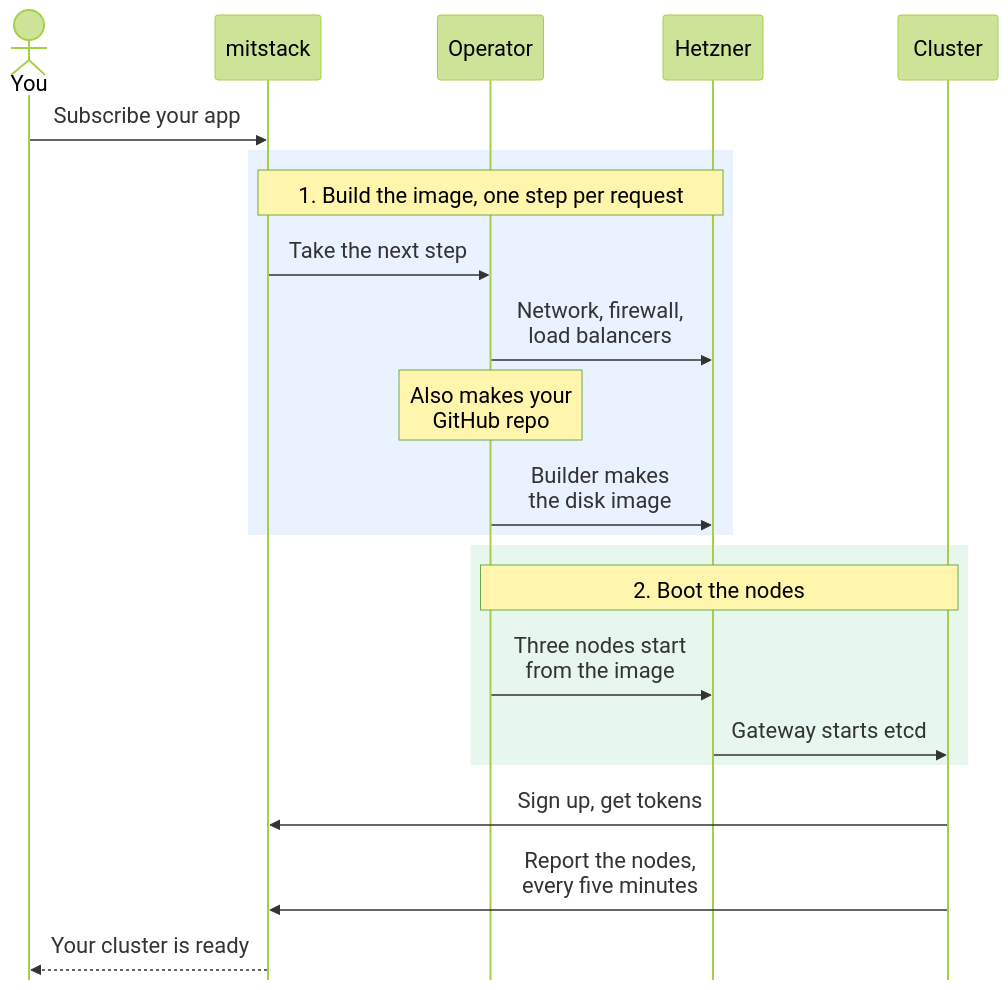
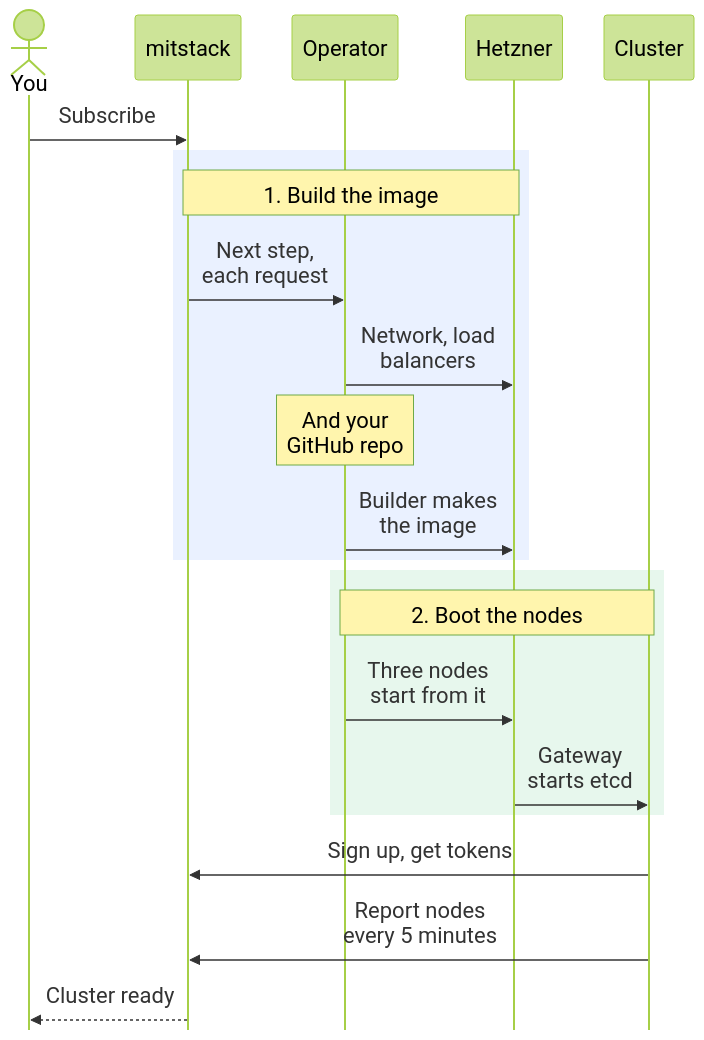
One commit to mitstack-eu/hcloud-talos-cluster changed the second of 2 diagrams in README.md. Above: the diagram before and after it, drawn with Mermaid (forest theme).

Commit message:
MIT-5267: the README's sequence diagram uses labels of two short lines so it fits GitHub's file view at full size

````diff
--- a/README.md
+++ b/README.md
@@ -63,25 +63,25 @@
 ```mermaid
 sequenceDiagram
-    %%{init: {"fontSize": 22, "sequence": {"actorMargin": 20, "width": 100, "mirrorActors": false}}}%%
+    %%{init: {"fontSize": 22, "sequence": {"actorMargin": 10, "width": 90, "mirrorActors": false}}}%%
     actor You
     participant M as mitstack
     participant O as Operator
     participant H as Hetzner
     participant C as Cluster
-    You->>M: Subscribe your app
+    You->>M: Subscribe
     rect rgba(80, 140, 255, 0.12)
-        Note over M,H: 1. Build the image, one step per request
-        M->>O: Take the next step
-        O->>H: Network, firewall,<br/>load balancers
-        Note over O: Also makes your<br/>GitHub repo
-        O->>H: Builder makes<br/>the disk image
+        Note over M,H: 1. Build the image
+        M->>O: Next step,<br/>each request
+        O->>H: Network, load<br/>balancers
+        Note over O: And your<br/>GitHub repo
+        O->>H: Builder makes<br/>the image
     end
     rect rgba(60, 190, 110, 0.12)
         Note over O,C: 2. Boot the nodes
-        O->>H: Three nodes start<br/>from the image
-        H->>C: Gateway starts etcd
+        O->>H: Three nodes<br/>start from it
+        H->>C: Gateway<br/>starts etcd
     end
     C->>M: Sign up, get tokens
-    C->>M: Report the nodes,<br/>every five minutes
-    M-->>You: Your cluster is ready
+    C->>M: Report nodes<br/>every 5 minutes
+    M-->>You: Cluster ready
 ```
````
